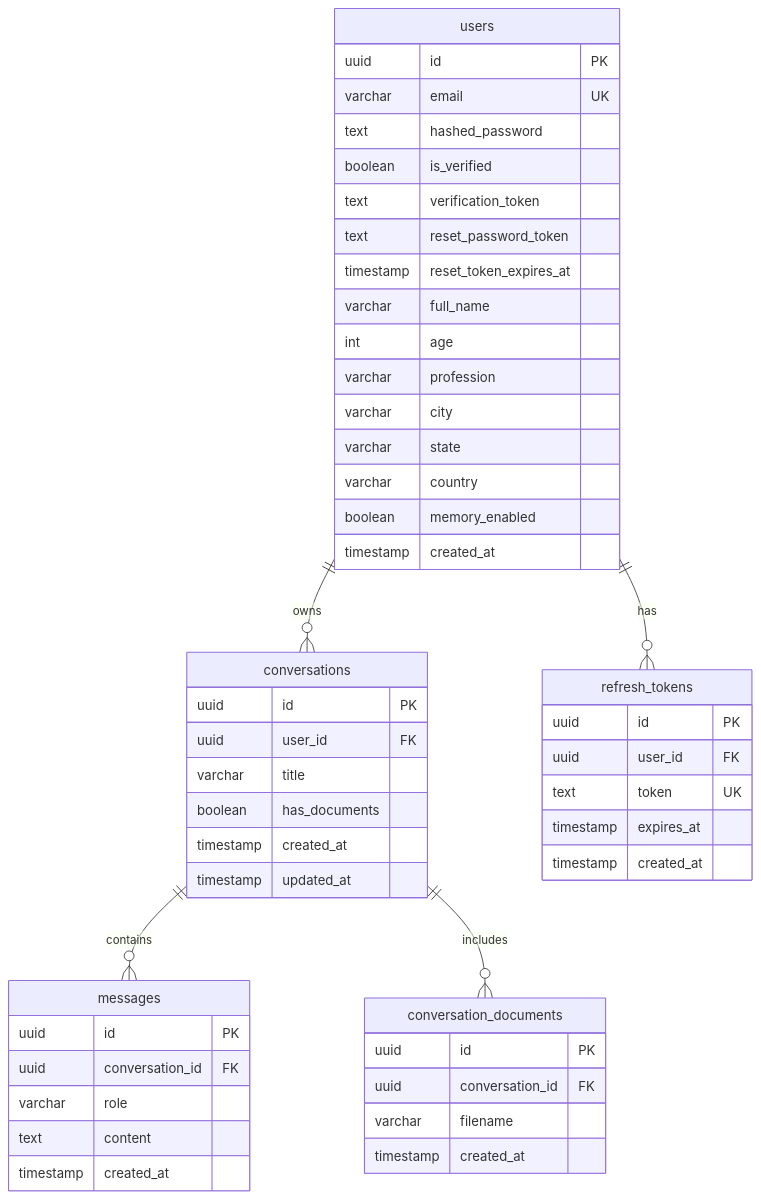
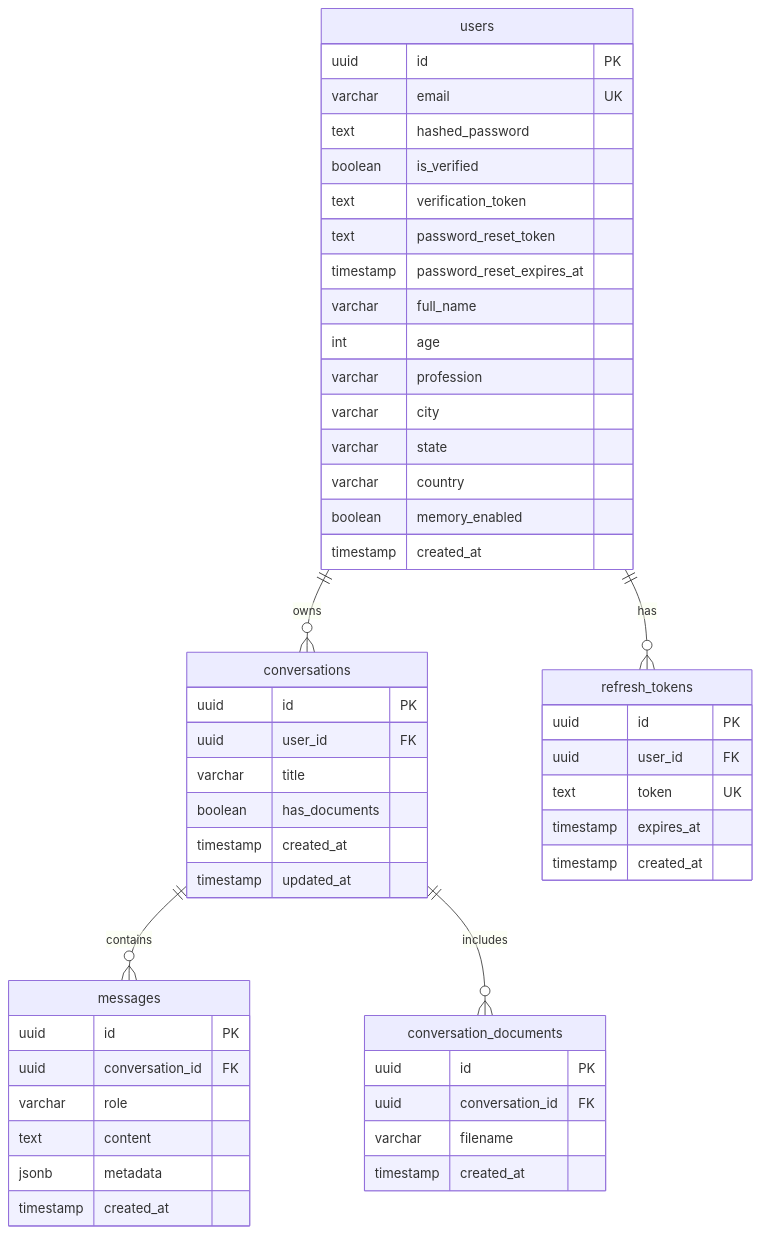
One commit to smt2208/praxis-ai changed the second of 2 diagrams in README.md. Above: the diagram before and after it, drawn with Mermaid. The commit also changed other lines of this file and 58 other files, not shown here.

Commit message:
feat: simplify architecture to vision agent and harden codebase audit findings

````diff
--- a/README.md
+++ b/README.md
@@ -266,57 +260,58 @@
 ```mermaid
 erDiagram
     users ||--o{ conversations : owns
     users ||--o{ refresh_tokens : has
     conversations ||--o{ messages : contains
     conversations ||--o{ conversation_documents : includes
 
     users {
         uuid id PK
         varchar email UK
         text hashed_password
         boolean is_verified
         text verification_token
-        text reset_password_token
-        timestamp reset_token_expires_at
+        text password_reset_token
+        timestamp password_reset_expires_at
         varchar full_name
         int age
         varchar profession
         varchar city
         varchar state
         varchar country
         boolean memory_enabled
         timestamp created_at
     }
 
     conversations {
         uuid id PK
         uuid user_id FK
         varchar title
         boolean has_documents
         timestamp created_at
         timestamp updated_at
     }
 
     messages {
         uuid id PK
         uuid conversation_id FK
         varchar role
         text content
+        jsonb metadata
         timestamp created_at
     }
 
     refresh_tokens {
         uuid id PK
         uuid user_id FK
         text token UK
         timestamp expires_at
         timestamp created_at
     }
 
     conversation_documents {
         uuid id PK
         uuid conversation_id FK
         varchar filename
         timestamp created_at
     }
 ```
````
